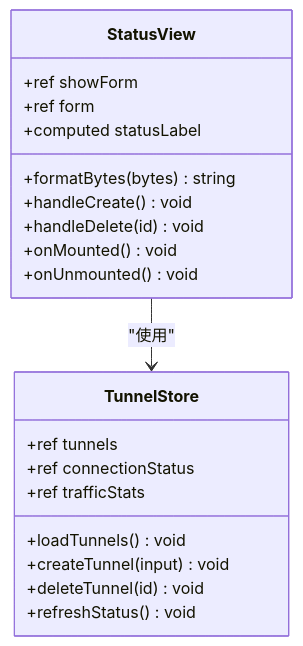
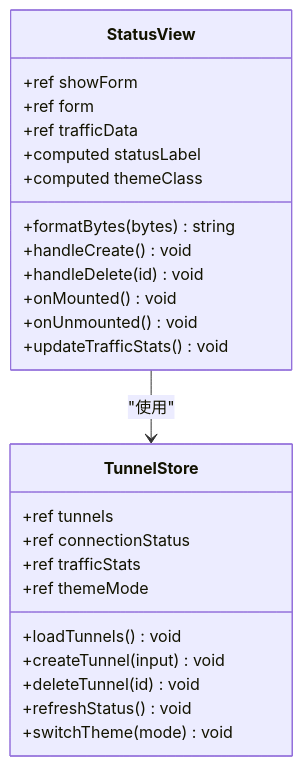
The third of 24 diagrams in .qoder/repowiki/zh/content/架构设计/桌面端架构设计/前端架构设计/Vue组件系统架构.md (itsharex/NexTunnel), drawn with Mermaid before and after one commit. The commit also changed other lines of this file and 41 other files, not shown here.

````diff
--- a/.qoder/repowiki/zh/content/架构设计/桌面端架构设计/前端架构设计/Vue组件系统架构.md
+++ b/.qoder/repowiki/zh/content/架构设计/桌面端架构设计/前端架构设计/Vue组件系统架构.md
@@ -104,23 +121,28 @@
 ```mermaid
 classDiagram
 class StatusView {
 +ref showForm
 +ref form
++ref trafficData
 +computed statusLabel
++computed themeClass
 +formatBytes(bytes) string
 +handleCreate() void
 +handleDelete(id) void
 +onMounted() void
 +onUnmounted() void
++updateTrafficStats() void
 }
 class TunnelStore {
 +ref tunnels
 +ref connectionStatus
 +ref trafficStats
++ref themeMode
 +loadTunnels() void
 +createTunnel(input) void
 +deleteTunnel(id) void
 +refreshStatus() void
++switchTheme(mode) void
 }
 StatusView --> TunnelStore : "使用"
 ```
````
